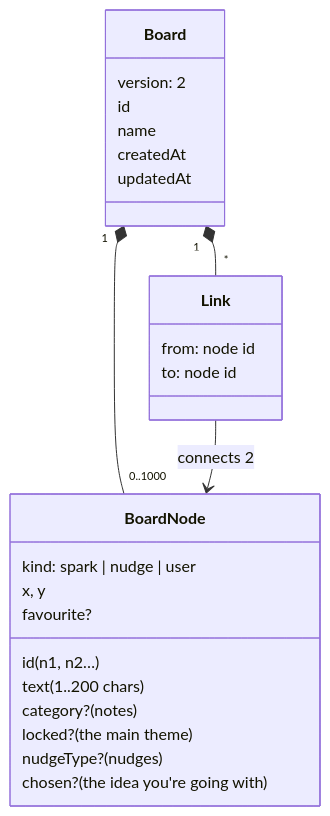
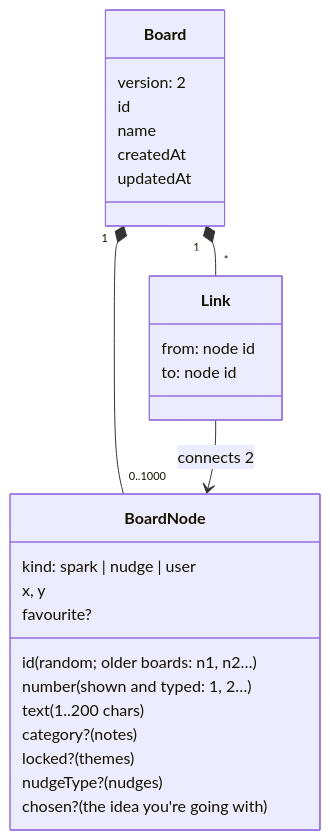
The second of 7 diagrams in docs/mvp/architecture.md (jtbinith/floppy-thoughts), drawn with Mermaid before and after one commit. The commit also changed other lines of this file and 25 other files, not shown here.

Commit message:
Boxes get random ids and separate numbers; boards upgrade to version 3

````diff
--- a/docs/mvp/architecture.md
+++ b/docs/mvp/architecture.md
@@ -34,28 +34,29 @@
 ```mermaid
 classDiagram
   class Board {
     version: 2
     id
     name
     createdAt
     updatedAt
   }
   class BoardNode {
-    id (n1, n2…)
+    id (random; older boards: n1, n2…)
+    number (shown and typed: 1, 2…)
     text (1..200 chars)
     kind: spark | nudge | user
     x, y
     category? (notes)
-    locked? (the main theme)
+    locked? (themes)
     nudgeType? (nudges)
     favourite?
     chosen? (the idea you're going with)
   }
   class Link {
     from: node id
     to: node id
   }
   Board "1" *-- "0..1000" BoardNode
   Board "1" *-- "*" Link
   Link --> BoardNode : connects 2
 ```
````
